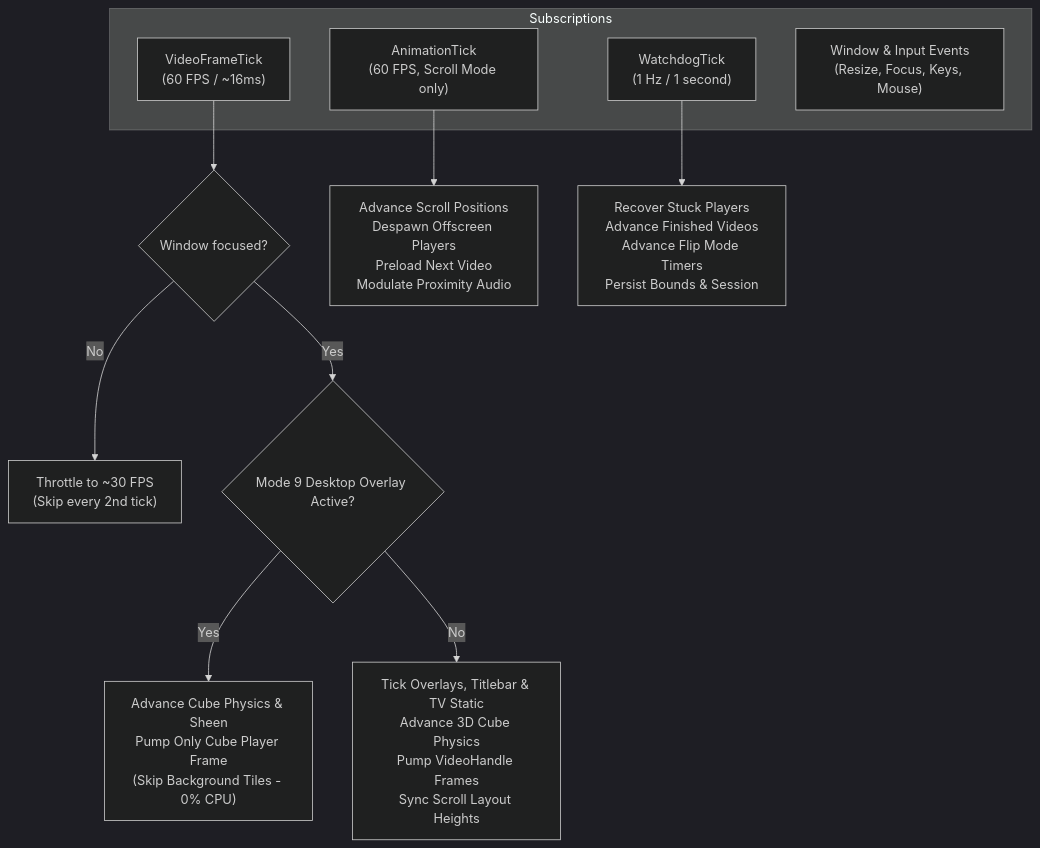
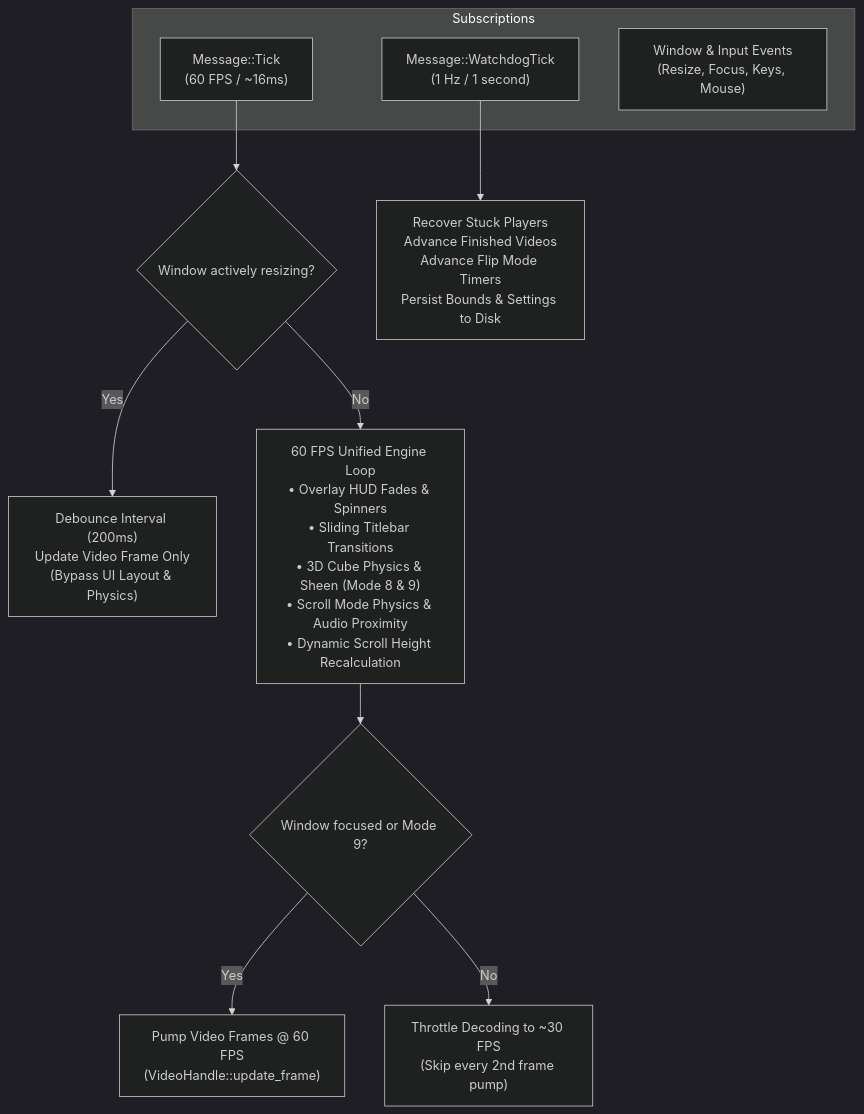
One commit to alkali-softworks/wazoo changed the second of 2 diagrams in docs/wazoo-app.md. Above: the diagram before and after it, drawn with Mermaid (dark theme). The commit also changed other lines of this file and 5 other files, not shown here.

````diff
--- a/docs/wazoo-app.md
+++ b/docs/wazoo-app.md
@@ -86,19 +86,18 @@
 ```mermaid
 graph TD
     subgraph Subscriptions
-        VFT["VideoFrameTick<br/>(60 FPS / ~16ms)"]
-        AT["AnimationTick<br/>(60 FPS, Scroll Mode only)"]
-        WT["WatchdogTick<br/>(1 Hz / 1 second)"]
+        Tick["Message::Tick<br/>(60 FPS / ~16ms)"]
+        WT["Message::WatchdogTick<br/>(1 Hz / 1 second)"]
         WinEvents["Window & Input Events<br/>(Resize, Focus, Keys, Mouse)"]
     end
 
-    VFT --> Throttle{"Window focused?"}
-    Throttle -->|No| HalfRate["Throttle to ~30 FPS<br/>(Skip every 2nd tick)"]
-    Throttle -->|Yes| Mode9Check{"Mode 9 Desktop Overlay Active?"}
-    Mode9Check -->|Yes| OverlayMode["Advance Cube Physics & Sheen<br/>Pump Only Cube Player Frame<br/>(Skip Background Tiles - 0% CPU)"]
-    Mode9Check -->|No| NormalTicks["Tick Overlays, Titlebar & TV Static<br/>Advance 3D Cube Physics<br/>Pump VideoHandle Frames<br/>Sync Scroll Layout Heights"]
+    Tick --> Resizing{"Window actively resizing?"}
+    Resizing -->|Yes| ResizeMode["Debounce Interval (200ms)<br/>Update Video Frame Only<br/>(Bypass UI Layout & Physics)"]
+    Resizing -->|No| Full60["60 FPS Unified Engine Loop<br/>• Overlay HUD Fades & Spinners<br/>• Sliding Titlebar Transitions<br/>• 3D Cube Physics & Sheen (Mode 8 & 9)<br/>• Scroll Mode Physics & Audio Proximity<br/>• Dynamic Scroll Height Recalculation"]
 
-    AT --> ScrollPhysics["Advance Scroll Positions<br/>Despawn Offscreen Players<br/>Preload Next Video<br/>Modulate Proximity Audio"]
+    Full60 --> Throttle{"Window focused or Mode 9?"}
+    Throttle -->|Yes| FullFrames["Pump Video Frames @ 60 FPS<br/>(VideoHandle::update_frame)"]
+    Throttle -->|No| HalfFrames["Throttle Decoding to ~30 FPS<br/>(Skip every 2nd frame pump)"]
 
-    WT --> Watchdog["Recover Stuck Players<br/>Advance Finished Videos<br/>Advance Flip Mode Timers<br/>Persist Bounds & Session"]
+    WT --> Watchdog["Recover Stuck Players<br/>Advance Finished Videos<br/>Advance Flip Mode Timers<br/>Persist Bounds & Settings to Disk"]
 ```
````
